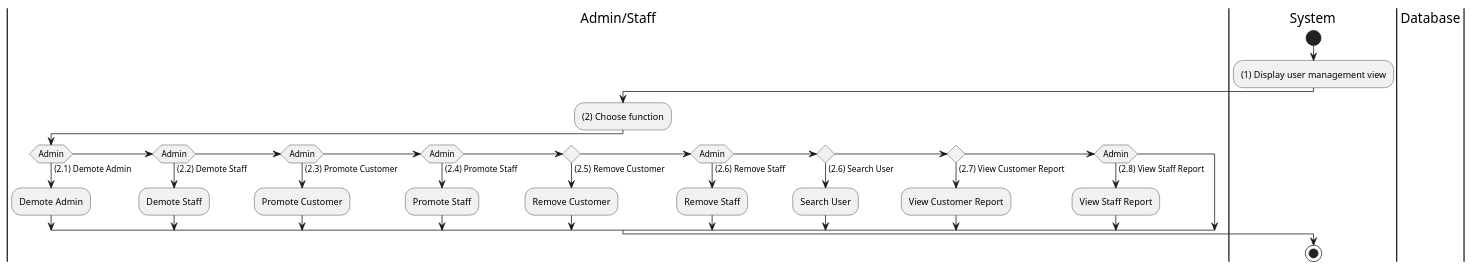
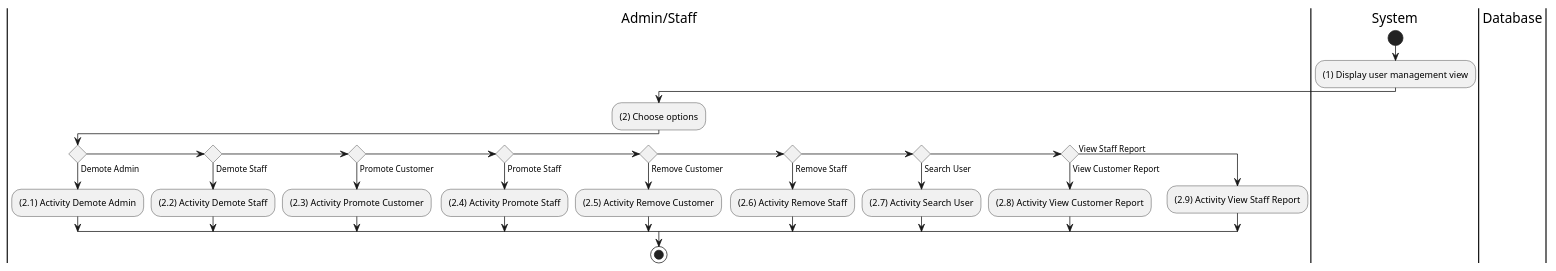
Before and after one commit to electricilies/electricilies.github.io: the diagram in docs/docs/activity/manage-user/manage-user.md, drawn with PlantUML. The commit also changed 38 other files, not shown here.

````diff
--- a/docs/docs/activity/manage-user/manage-user.md
+++ b/docs/docs/activity/manage-user/manage-user.md
@@ -3,36 +3,36 @@
 ```plantuml
 @startuml
 |AS|Admin/Staff
+|S|System
+|D|Database
 
-|S|System
+|S|
 start
 :(1) Display user management view;
 
-|D|Database
-
 |AS|
-:(2) Choose function;
-if (Admin) then ((2.1) Demote Admin)
-  :Demote Admin;
-elseif (Admin) then ((2.2) Demote Staff)
-  :Demote Staff;
-elseif (Admin) then ((2.3) Promote Customer)
-  :Promote Customer;
-elseif (Admin) then ((2.4) Promote Staff)
-  :Promote Staff;
-elseif () then ((2.5) Remove Customer)
-  :Remove Customer;
-elseif (Admin) then ((2.6) Remove Staff)
-  :Remove Staff;
-elseif () then ((2.6) Search User)
-  :Search User;
-elseif () then ((2.7) View Customer Report)
-  :View Customer Report;
-elseif (Admin) then ((2.8) View Staff Report)
-  :View Staff Report;
+:(2) Choose options;
+if () then (Demote Admin)
+  :(2.1) Activity Demote Admin;
+elseif () then (Demote Staff)
+  :(2.2) Activity Demote Staff;
+elseif () then (Promote Customer)
+  :(2.3) Activity Promote Customer;
+elseif () then (Promote Staff)
+  :(2.4) Activity Promote Staff;
+elseif () then (Remove Customer)
+  :(2.5) Activity Remove Customer;
+elseif () then (Remove Staff)
+  :(2.6) Activity Remove Staff;
+elseif () then (Search User)
+  :(2.7) Activity Search User;
+elseif () then (View Customer Report)
+  :(2.8) Activity View Customer Report;
+else (View Staff Report)
+  :(2.9) Activity View Staff Report;
 endif
 
-|S|
 stop
 @enduml
+@enduml
 ```
````
